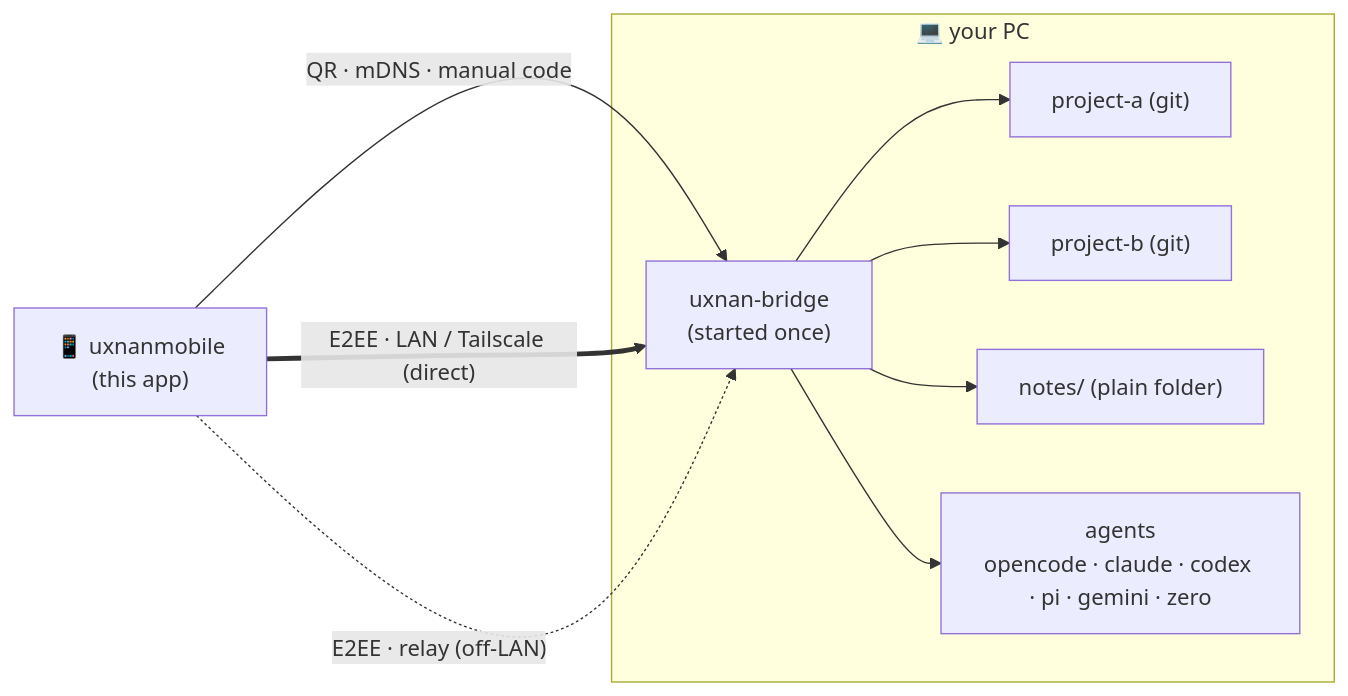
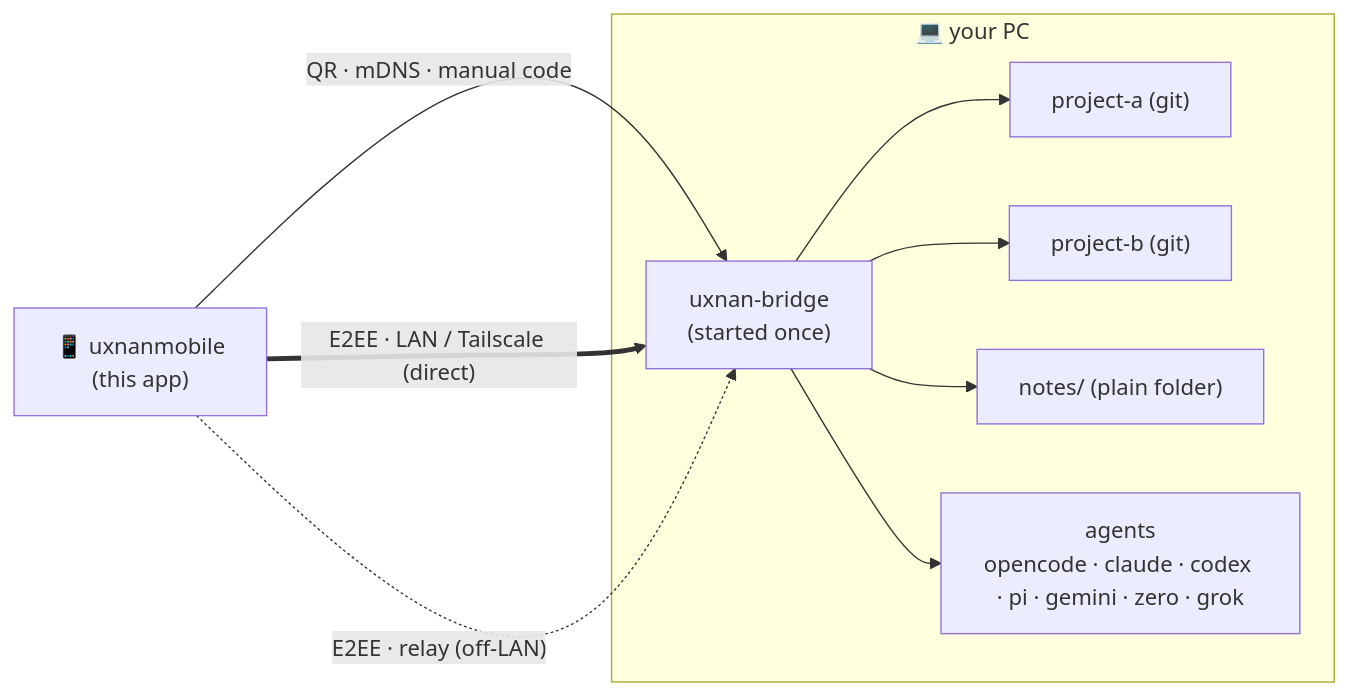
One commit to luisgamas/uxnan changed the diagram in uxnanmobile/README.md. Above: the diagram before and after it, drawn with Mermaid. The commit also changed other lines of this file and 6 other files, not shown here.

````diff
--- a/uxnanmobile/README.md
+++ b/uxnanmobile/README.md
@@ -60,20 +60,20 @@
 ```mermaid
 flowchart LR
   app["📱 uxnanmobile<br/>(this app)"]
 
   subgraph pc["💻 your PC"]
     bridge["uxnan-bridge<br/>(started once)"]
     p1["project-a (git)"]
     p2["project-b (git)"]
     p3["notes/ (plain folder)"]
-    a1["agents<br/>opencode · claude · codex · pi · gemini · zero"]
+    a1["agents<br/>opencode · claude · codex · pi · gemini · zero · grok"]
   end
 
   app -- "QR · mDNS · manual code" --> bridge
   app == "E2EE · LAN / Tailscale (direct)" ==> bridge
   app -. "E2EE · relay (off-LAN)" .-> bridge
   bridge --> p1
   bridge --> p2
   bridge --> p3
   bridge --> a1
 ```
````
